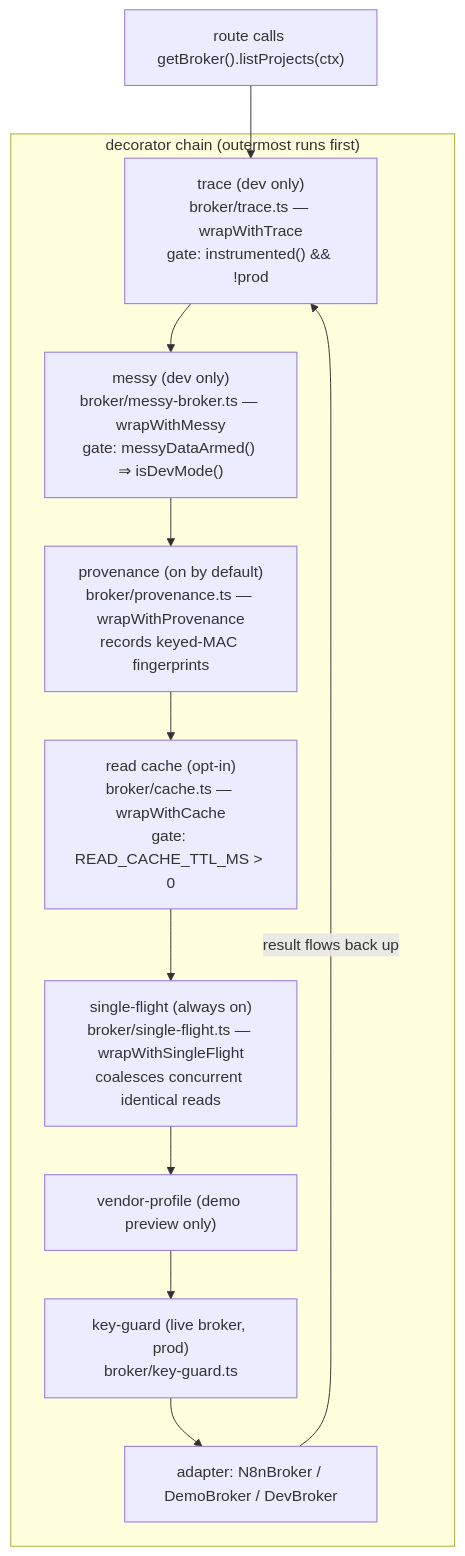
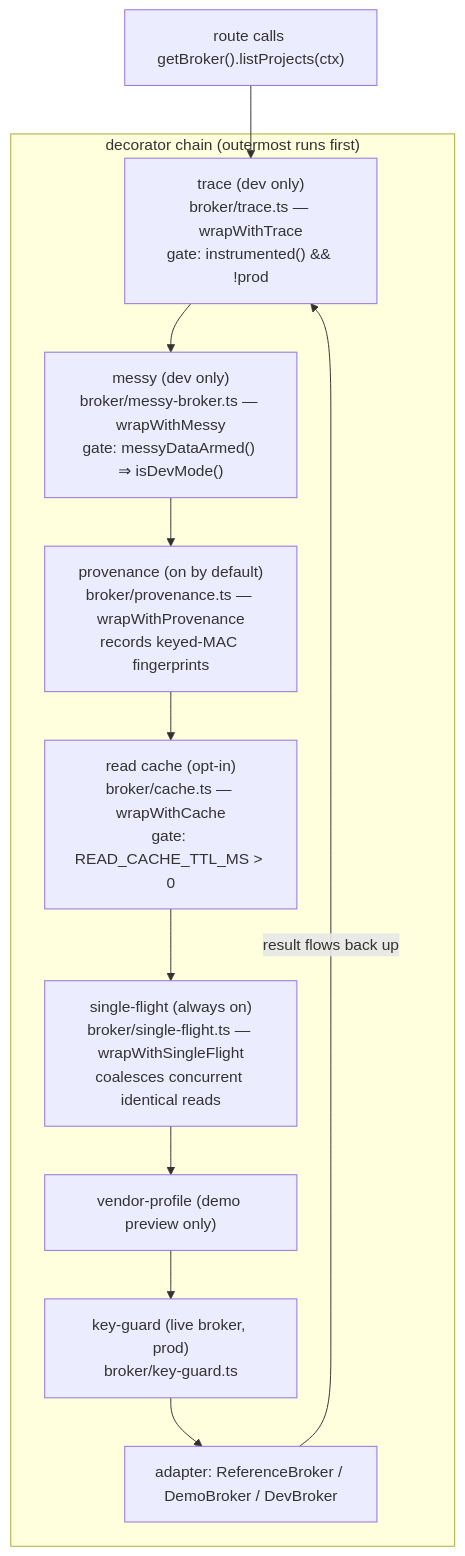
One commit to walshd1/Omniproject changed the third of 4 diagrams in docs/ARCHITECTURE.md. Above: the diagram before and after it, drawn with Mermaid. The commit also changed other lines of this file and 21 other files, not shown here.

````diff
--- a/docs/ARCHITECTURE.md
+++ b/docs/ARCHITECTURE.md
@@ -136,16 +136,16 @@
 ```mermaid
 flowchart TB
   CALL["route calls getBroker().listProjects(ctx)"] --> T
   subgraph chain["decorator chain (outermost runs first)"]
     T["trace (dev only)<br/>broker/trace.ts — wrapWithTrace<br/>gate: instrumented() && !prod"]
     M["messy (dev only)<br/>broker/messy-broker.ts — wrapWithMessy<br/>gate: messyDataArmed() ⇒ isDevMode()"]
     P["provenance (on by default)<br/>broker/provenance.ts — wrapWithProvenance<br/>records keyed-MAC fingerprints"]
     C["read cache (opt-in)<br/>broker/cache.ts — wrapWithCache<br/>gate: READ_CACHE_TTL_MS > 0"]
     SF["single-flight (always on)<br/>broker/single-flight.ts — wrapWithSingleFlight<br/>coalesces concurrent identical reads"]
     VP["vendor-profile (demo preview only)"]
     KG["key-guard (live broker, prod)<br/>broker/key-guard.ts"]
-    BASE["adapter: N8nBroker / DemoBroker / DevBroker"]
+    BASE["adapter: ReferenceBroker / DemoBroker / DevBroker"]
   end
   T --> M --> P --> C --> SF --> VP --> KG --> BASE
   BASE -->|"result flows back up"| T
 ```
````
